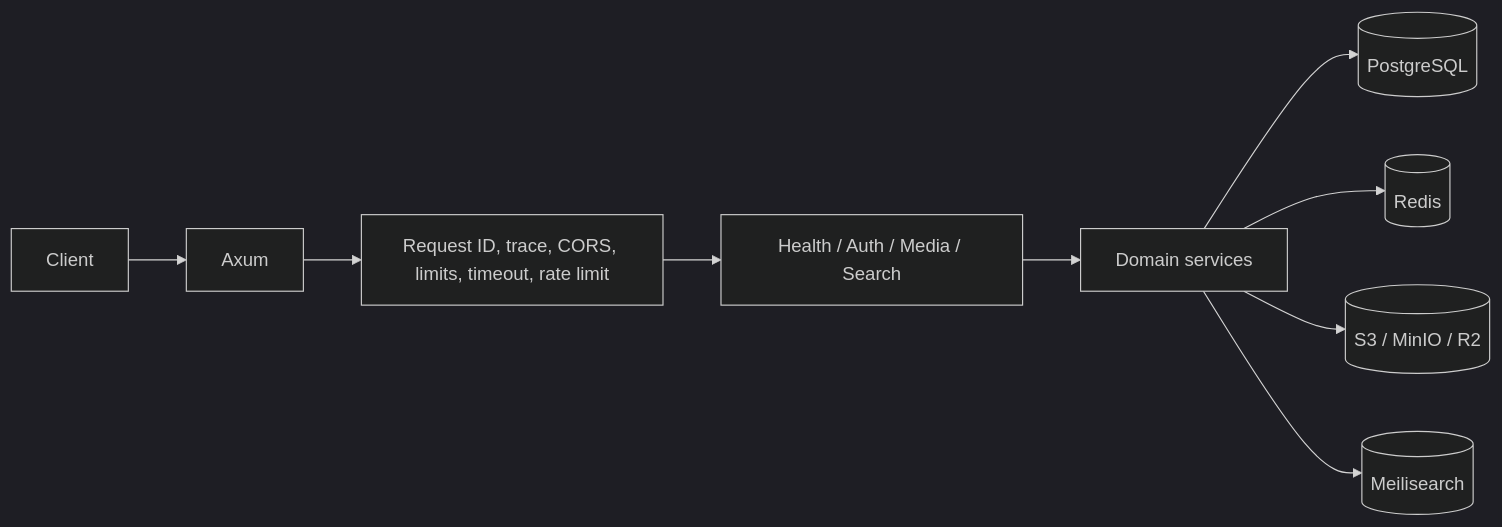
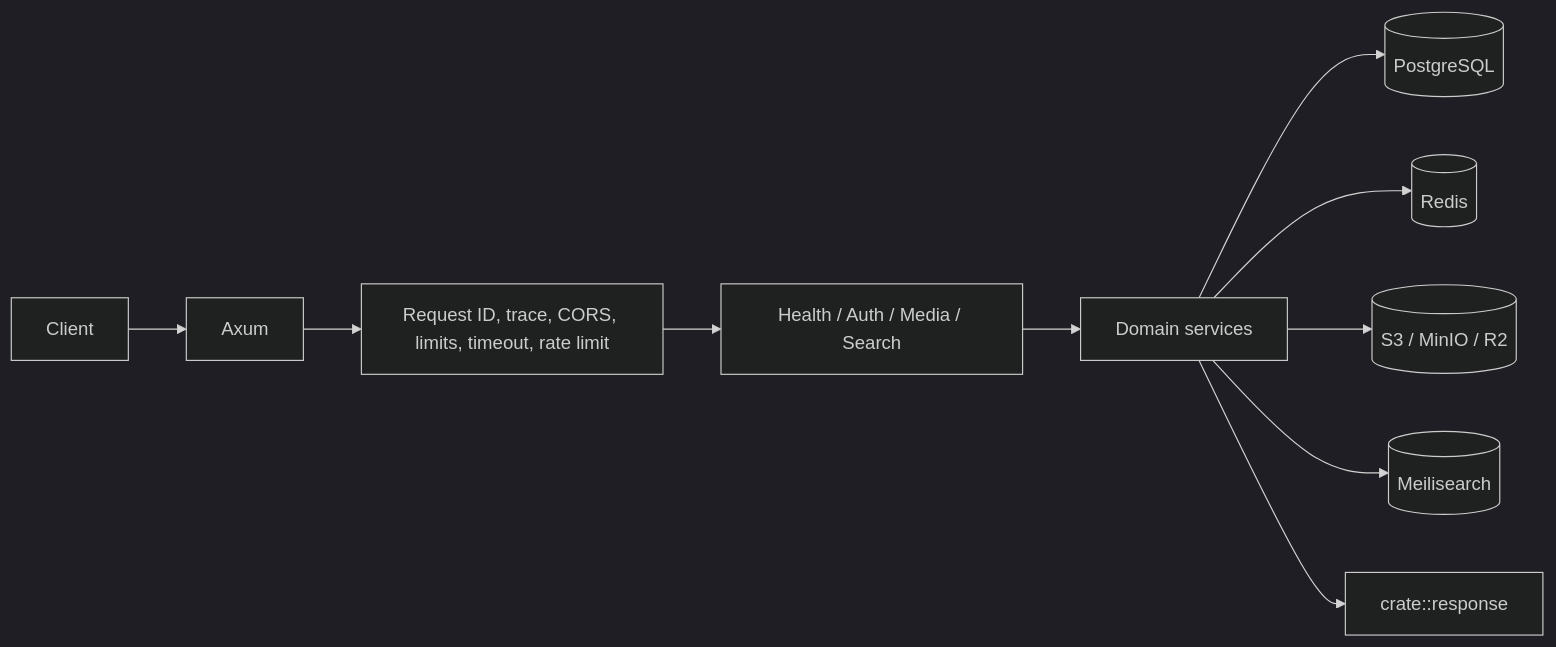
The first of 2 diagrams in templates/backend/rust/axum/files/docs/ARCHITECTURE.md (BoatengPeter/smokeforge-registry), drawn with Mermaid (dark theme) before and after one commit. The commit also changed other lines of this file and 20 other files, not shown here.

````diff
--- a/templates/backend/rust/axum/files/docs/ARCHITECTURE.md
+++ b/templates/backend/rust/axum/files/docs/ARCHITECTURE.md
@@ -10,11 +28,12 @@
 ```mermaid
 flowchart LR
     Client --> Axum
     Axum --> Middleware[Request ID, trace, CORS, limits, timeout, rate limit]
     Middleware --> Routes[Health / Auth / Media / Search]
     Routes --> Services[Domain services]
     Services --> DB[(PostgreSQL)]
     Services --> Redis[(Redis)]
     Services --> S3[(S3 / MinIO / R2)]
     Services --> Meili[(Meilisearch)]
+    Services --> Response[crate::response]
 ```
````
